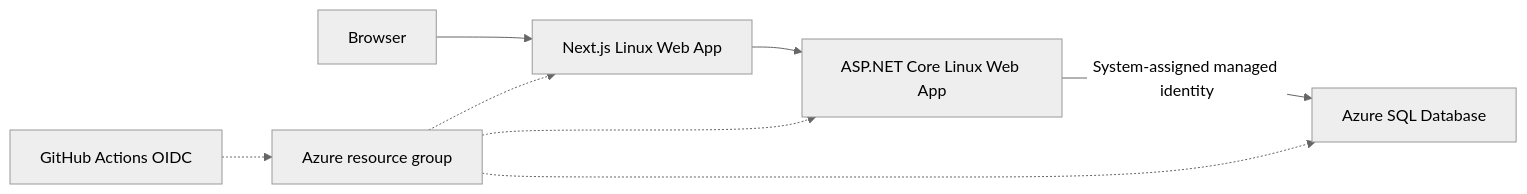
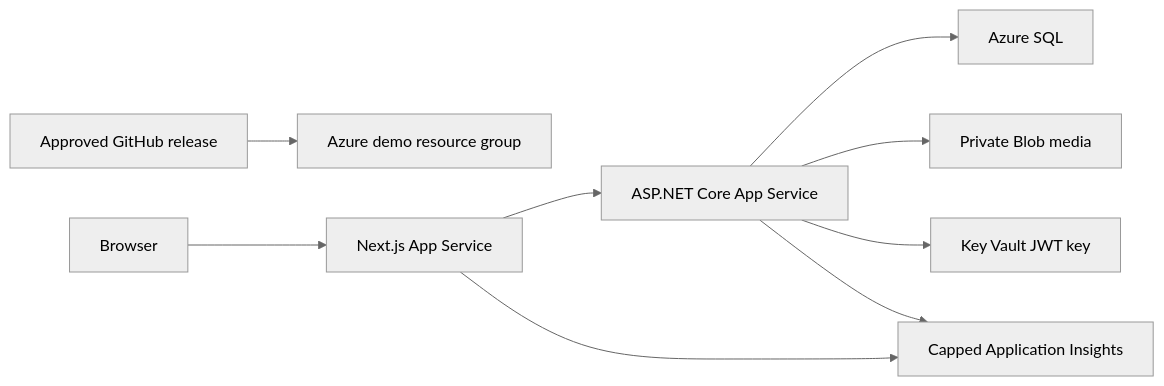
The diagram in docs/architecture/future-azure-deployment.md (KeroneC/el1te-spr1nt-athlet1cs), drawn with Mermaid (neutral theme) before and after one commit. The commit also changed other lines of this file and 44 other files, not shown here.

````diff
--- a/docs/architecture/future-azure-deployment.md
+++ b/docs/architecture/future-azure-deployment.md
@@ -5,10 +5,10 @@
 ```mermaid
 flowchart LR
-    Browser --> Web["Next.js Linux Web App"]
-    Web --> API["ASP.NET Core Linux Web App"]
-    API -->|"System-assigned managed identity"| SQL["Azure SQL Database"]
-    GH["GitHub Actions OIDC"] -.-> RG["Azure resource group"]
-    RG -.-> Web
-    RG -.-> API
-    RG -.-> SQL
+  GH["Approved GitHub release"] --> RG["Azure demo resource group"]
+  Browser --> Web["Next.js App Service"] --> API["ASP.NET Core App Service"]
+  API --> SQL["Azure SQL"]
+  API --> Blob["Private Blob media"]
+  API --> KV["Key Vault JWT key"]
+  Web --> AI["Capped Application Insights"]
+  API --> AI
 ```
````
